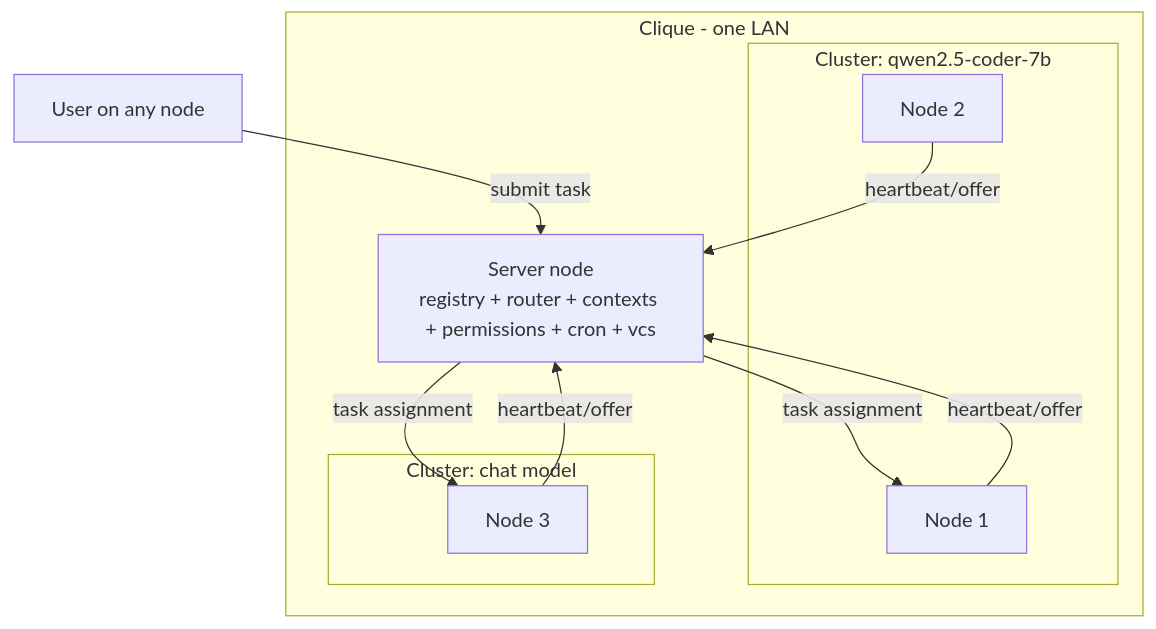
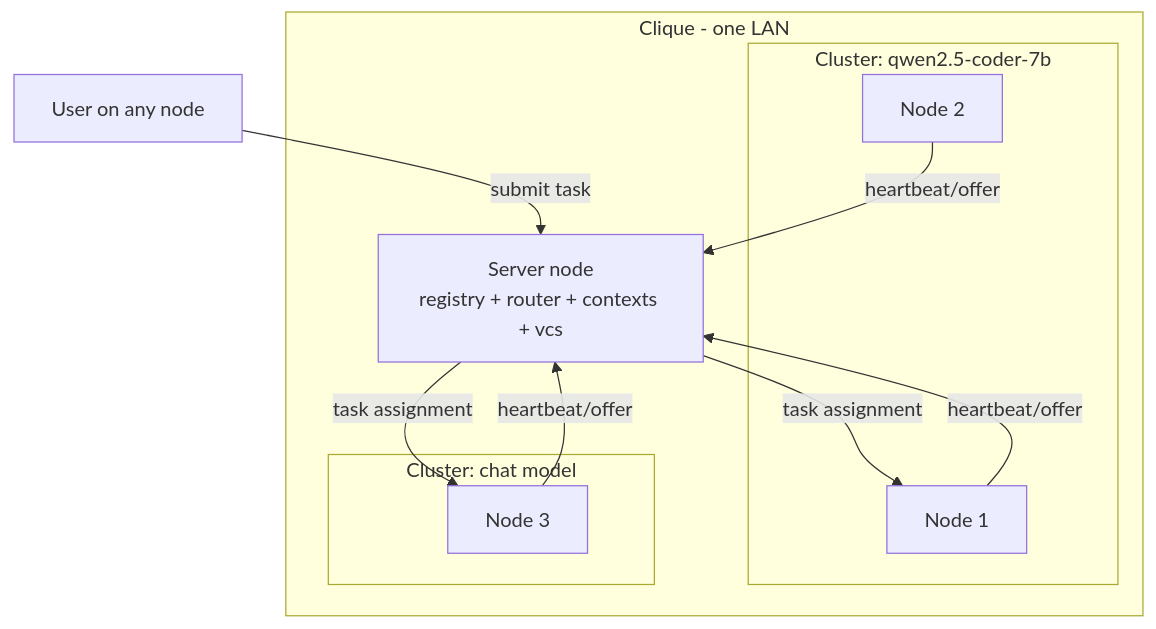
One commit to hongnoul/clique changed the diagram in SPEC.md. Above: the diagram before and after it, drawn with Mermaid. The commit also changed other lines of this file, not shown here.

Commit message:
SPEC: drop governance/cron references (subsystems removed)

````diff
--- a/SPEC.md
+++ b/SPEC.md
@@ -19,19 +19,19 @@
 ```mermaid
 flowchart TB
     subgraph clique [Clique - one LAN]
-        S[Server node<br/>registry + router + contexts + permissions + cron + vcs]
+        S[Server node<br/>registry + router + contexts + vcs]
         subgraph clusterA [Cluster: qwen2.5-coder-7b]
             N1[Node 1]
             N2[Node 2]
         end
         subgraph clusterB [Cluster: chat model]
             N3[Node 3]
         end
     end
     N1 -- heartbeat/offer --> S
     N2 -- heartbeat/offer --> S
     N3 -- heartbeat/offer --> S
     S -- task assignment --> N1
     S -- task assignment --> N3
     U[User on any node] -- submit task --> S
 ```
````
